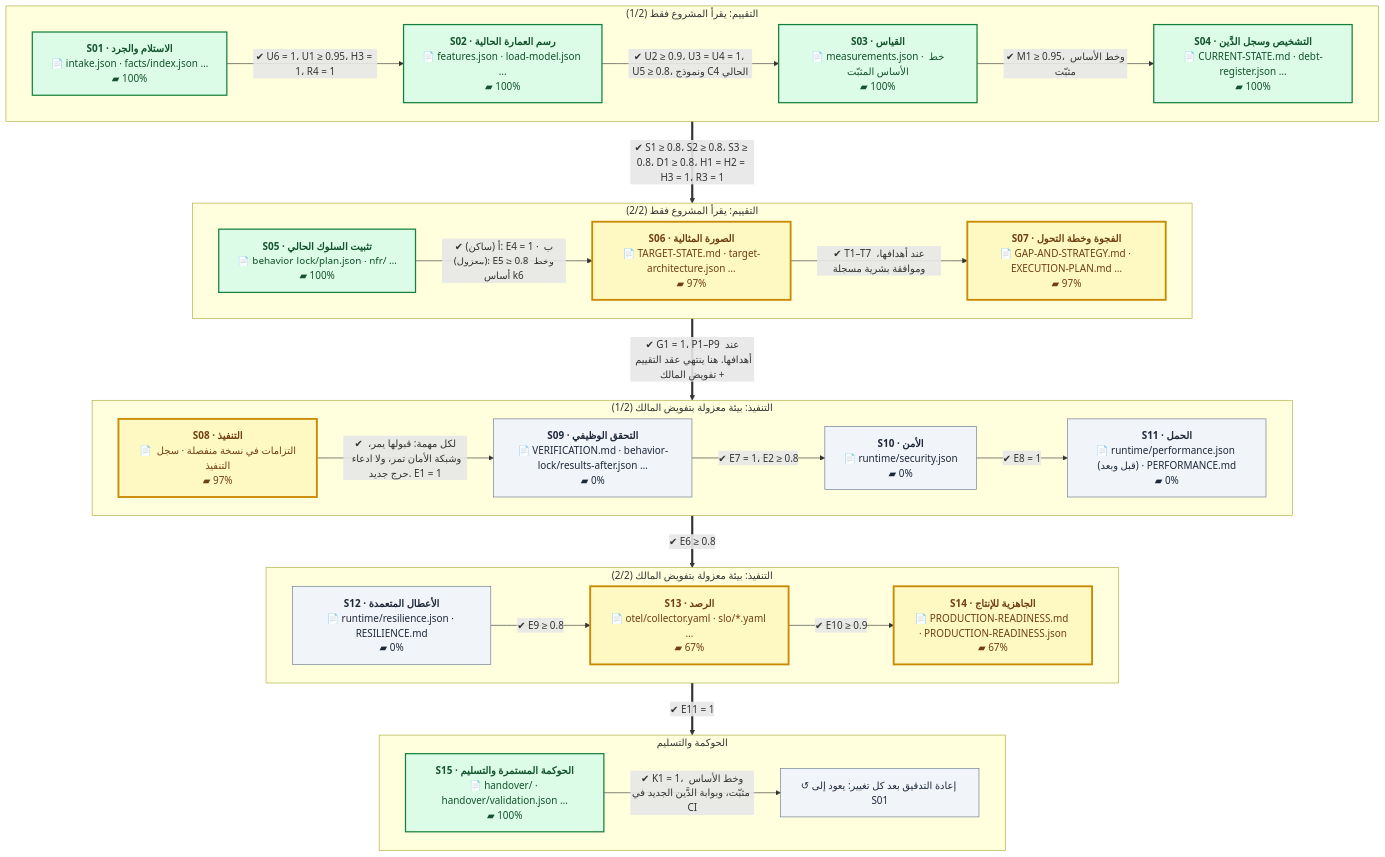
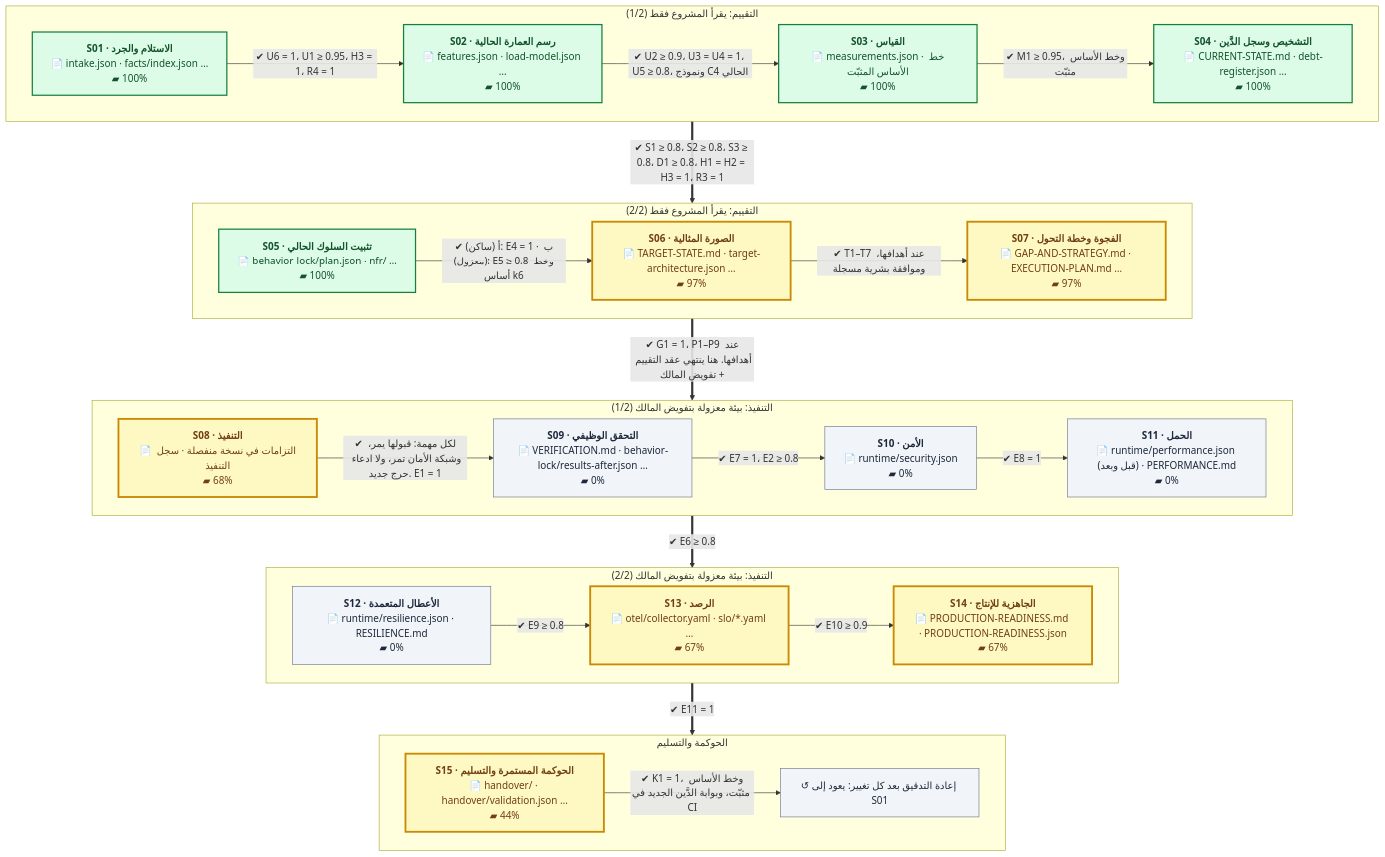
One commit to eom1417/engineering-audit-os changed the first of 2 diagrams in README.md. Above: the diagram before and after it, drawn with Mermaid. The commit also changed other lines of this file and 23 other files, not shown here.

````diff
--- a/README.md
+++ b/README.md
@@ -52,54 +52,54 @@
 ```mermaid
 %%{init: {'flowchart': {'wrappingWidth': 260, 'nodeSpacing': 40, 'rankSpacing': 60}}}%%
 flowchart TB
     subgraph P1["التقييم: يقرأ المشروع فقط (1/2)"]
         direction LR
         S01["<b>S01 · الاستلام والجرد</b><br/>📄 intake.json · facts/index.json …<br/>▰ 100%"]:::done
         S02["<b>S02 · رسم العمارة الحالية</b><br/>📄 features.json · load-model.json …<br/>▰ 100%"]:::done
         S03["<b>S03 · القياس</b><br/>📄 measurements.json · خط الأساس المثبّت<br/>▰ 100%"]:::done
         S04["<b>S04 · التشخيص وسجل الدَّين</b><br/>📄 CURRENT-STATE.md · debt-register.json …<br/>▰ 100%"]:::done
         S01 -->|"✔ U6 = 1، U1 ≥ 0.95، H3 = 1، R4 = 1"| S02
         S02 -->|"✔ U2 ≥ 0.9، U3 = U4 = 1، U5 ≥ 0.8، ونموذج C4 الحالي"| S03
         S03 -->|"✔ M1 ≥ 0.95، وخط الأساس مثبّت"| S04
     end
     subgraph P2["التقييم: يقرأ المشروع فقط (2/2)"]
         direction LR
         S05["<b>S05 · تثبيت السلوك الحالي</b><br/>📄 behavior-lock/plan.json · nfr/ …<br/>▰ 100%"]:::done
         S06["<b>S06 · الصورة المثالية</b><br/>📄 TARGET-STATE.md · target-architecture.json …<br/>▰ 97%"]:::current
         S07["<b>S07 · الفجوة وخطة التحول</b><br/>📄 GAP-AND-STRATEGY.md · EXECUTION-PLAN.md …<br/>▰ 97%"]:::current
         S05 -->|"✔ أ (ساكن): E4 = 1 · ب (معزول): E5 ≥ 0.8 وخط أساس k6"| S06
         S06 -->|"✔ T1–T7 عند أهدافها، وموافقة بشرية مسجلة"| S07
     end
     subgraph P3["التنفيذ: بيئة معزولة بتفويض المالك (1/2)"]
         direction LR
-        S08["<b>S08 · التنفيذ</b><br/>📄 التزامات في نسخة منفصلة · سجل التنفيذ<br/>▰ 97%"]:::current
+        S08["<b>S08 · التنفيذ</b><br/>📄 التزامات في نسخة منفصلة · سجل التنفيذ<br/>▰ 68%"]:::current
         S09["<b>S09 · التحقق الوظيفي</b><br/>📄 VERIFICATION.md · behavior-lock/results-after.json …<br/>▰ 0%"]:::next
         S10["<b>S10 · الأمن</b><br/>📄 runtime/security.json<br/>▰ 0%"]:::next
         S11["<b>S11 · الحمل</b><br/>📄 runtime/performance.json (قبل وبعد) · PERFORMANCE.md<br/>▰ 0%"]:::next
         S08 -->|"✔ لكل مهمة: قبولها يمر، وشبكة الأمان تمر، ولا ادعاء حرج جديد. E1 = 1"| S09
         S09 -->|"✔ E7 = 1، E2 ≥ 0.8"| S10
         S10 -->|"✔ E8 = 1"| S11
     end
     subgraph P4["التنفيذ: بيئة معزولة بتفويض المالك (2/2)"]
         direction LR
         S12["<b>S12 · الأعطال المتعمدة</b><br/>📄 runtime/resilience.json · RESILIENCE.md<br/>▰ 0%"]:::next
         S13["<b>S13 · الرصد</b><br/>📄 otel/collector.yaml · slo/*.yaml …<br/>▰ 67%"]:::current
         S14["<b>S14 · الجاهزية للإنتاج</b><br/>📄 PRODUCTION-READINESS.md · PRODUCTION-READINESS.json<br/>▰ 67%"]:::current
         S12 -->|"✔ E9 ≥ 0.8"| S13
         S13 -->|"✔ E10 ≥ 0.9"| S14
     end
     subgraph P5["الحوكمة والتسليم"]
         direction LR
-        S15["<b>S15 · الحوكمة المستمرة والتسليم</b><br/>📄 handover/ · handover/validation.json …<br/>▰ 100%"]:::done
+        S15["<b>S15 · الحوكمة المستمرة والتسليم</b><br/>📄 handover/ · handover/validation.json …<br/>▰ 44%"]:::current
         LOOP["↺ إعادة التدقيق بعد كل تغيير: يعود إلى S01"]:::next
         S15 -->|"✔ K1 = 1، وخط الأساس مثبّت، وبوابة الدَّين الجديد في CI"| LOOP
     end
     P1 ==>|"✔ S1 ≥ 0.8، S2 ≥ 0.8، S3 ≥ 0.8، D1 ≥ 0.8، H1 = H2 = H3 = 1، R3 = 1"| P2
     P2 ==>|"✔ G1 = 1، P1–P9 عند أهدافها. هنا ينتهي عقد التقييم + تفويض المالك"| P3
     P3 ==>|"✔ E6 ≥ 0.8"| P4
     P4 ==>|"✔ E11 = 1"| P5
     classDef done fill:#dcfce7,stroke:#15803d,color:#14532d,stroke-width:2px
     classDef current fill:#fef9c3,stroke:#ca8a04,color:#713f12,stroke-width:3px
     classDef next fill:#f1f5f9,stroke:#64748b,color:#1e293b
     classDef owner fill:#fee2e2,stroke:#b91c1c,color:#7f1d1d,stroke-dasharray:5 3
 ```
````
